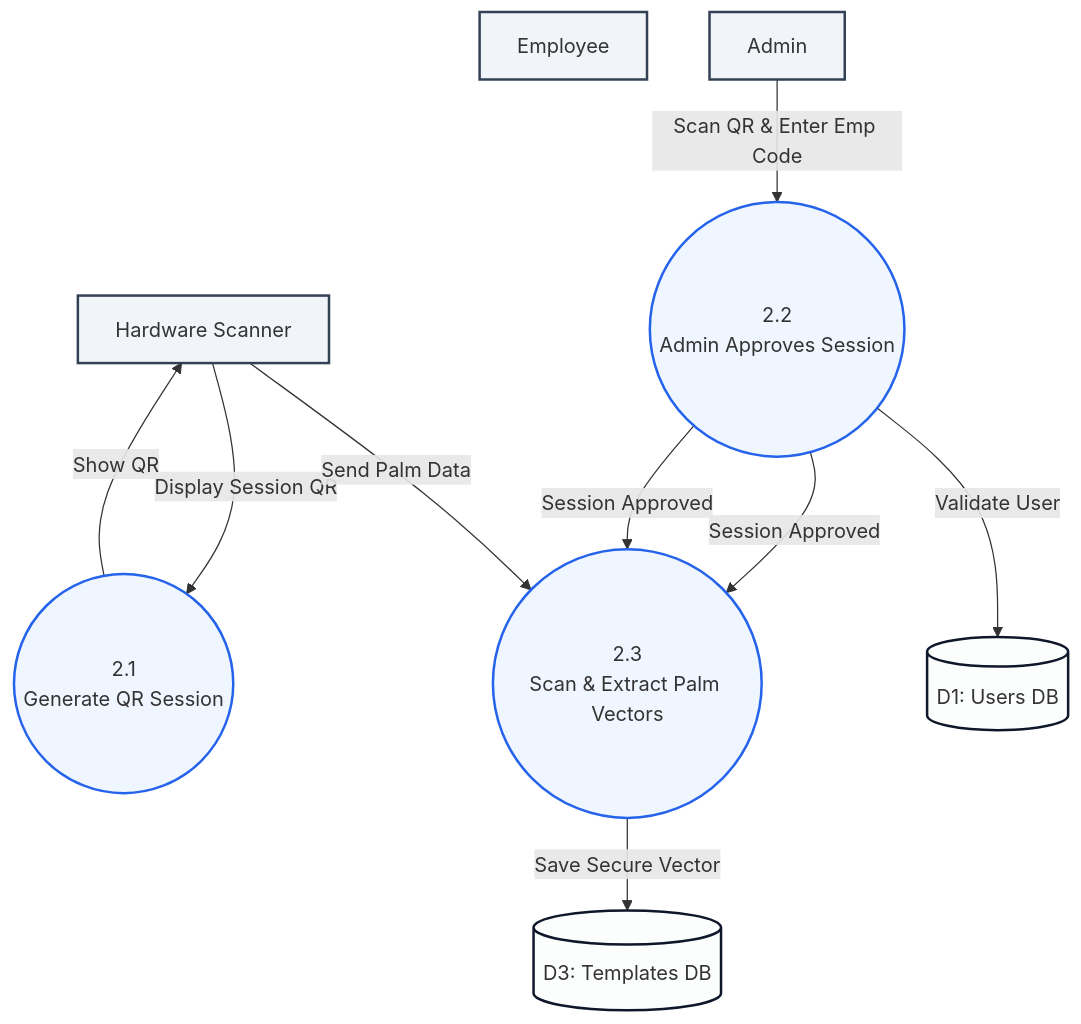
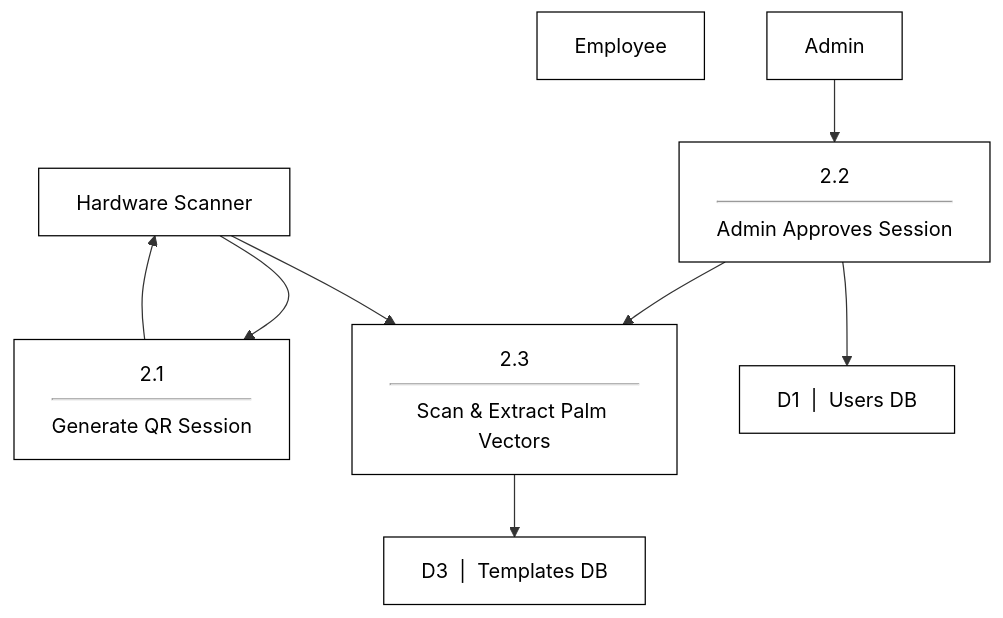
Before and after one commit to Touy2004/palm-back-end: the seventh of 13 diagrams in USER_MANUAL.md, drawn with Mermaid. The commit also changed other lines of this file and 6 other files, not shown here.

Commit message:
refactor: remove thermal data fields from service models and documentation and update system diagrams

````diff
--- a/USER_MANUAL.md
+++ b/USER_MANUAL.md
@@ -374,28 +374,27 @@
 ```mermaid
 flowchart TD
     Device[Hardware Scanner]:::entity
     Employee[Employee]:::entity
     Admin[Admin]:::entity
     
-    P2_1((2.1<br/>Generate QR Session)):::process
-    P2_2((2.2<br/>Admin Approves Session)):::process
-    P2_3((2.3<br/>Scan & Extract Palm Vectors)):::process
+    P2_1["2.1<hr/>Generate QR Session"]:::process
+    P2_2["2.2<hr/>Admin Approves Session"]:::process
+    P2_3["2.3<hr/>Scan & Extract Palm Vectors"]:::process
     
-    D1[(D1: Users DB)]:::datastore
-    D3[(D3: Templates DB)]:::datastore
+    D1["D1 &nbsp;|&nbsp; Users DB"]:::datastore
+    D3["D3 &nbsp;|&nbsp; Templates DB"]:::datastore
     
-    Device -- "Display Session QR" --> P2_1
-    Admin -- "Scan QR & Enter Emp Code" --> P2_2
-    P2_2 -- "Session Approved" --> P2_3
-    P2_1 -- "Show QR" --> Device
+    Device --> P2_1
+    Admin --> P2_2
+    P2_2 --> P2_3
+    P2_1 --> Device
     
-    P2_2 -- "Validate User" --> D1
-    P2_2 -- "Session Approved" --> P2_3
+    P2_2 --> D1
     
-    Device -- "Send Palm Data" --> P2_3
-    P2_3 -- "Save Secure Vector" --> D3
+    Device --> P2_3
+    P2_3 --> D3
 
-    classDef entity fill:#f1f5f9,stroke:#334155,stroke-width:2px,shape:rect
-    classDef process fill:#eff6ff,stroke:#2563eb,stroke-width:2px,shape:circle
-    classDef datastore fill:#fcfdfd,stroke:#0f172a,stroke-width:2px,shape:cylinder
+    classDef entity fill:#fff,stroke:#000,stroke-width:1px,shape:rect,color:#000
+    classDef process fill:#fff,stroke:#000,stroke-width:1px,shape:rect,color:#000
+    classDef datastore fill:#fff,stroke:#000,stroke-width:1px,shape:rect,color:#000
 ```
````
